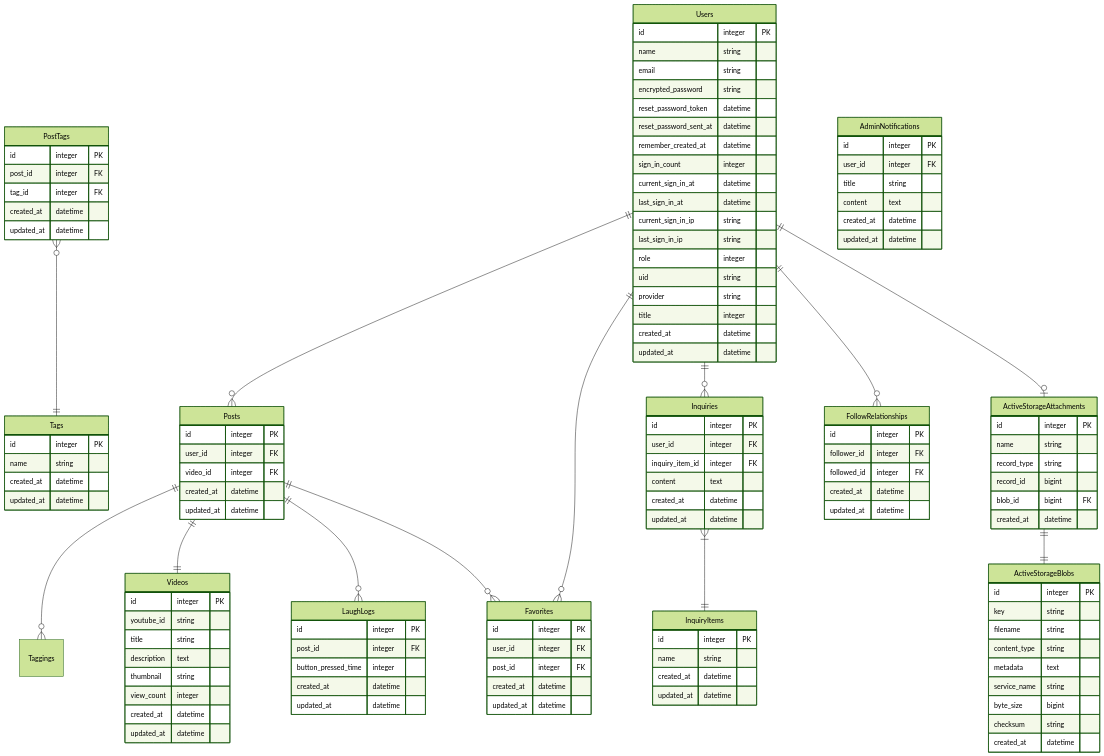
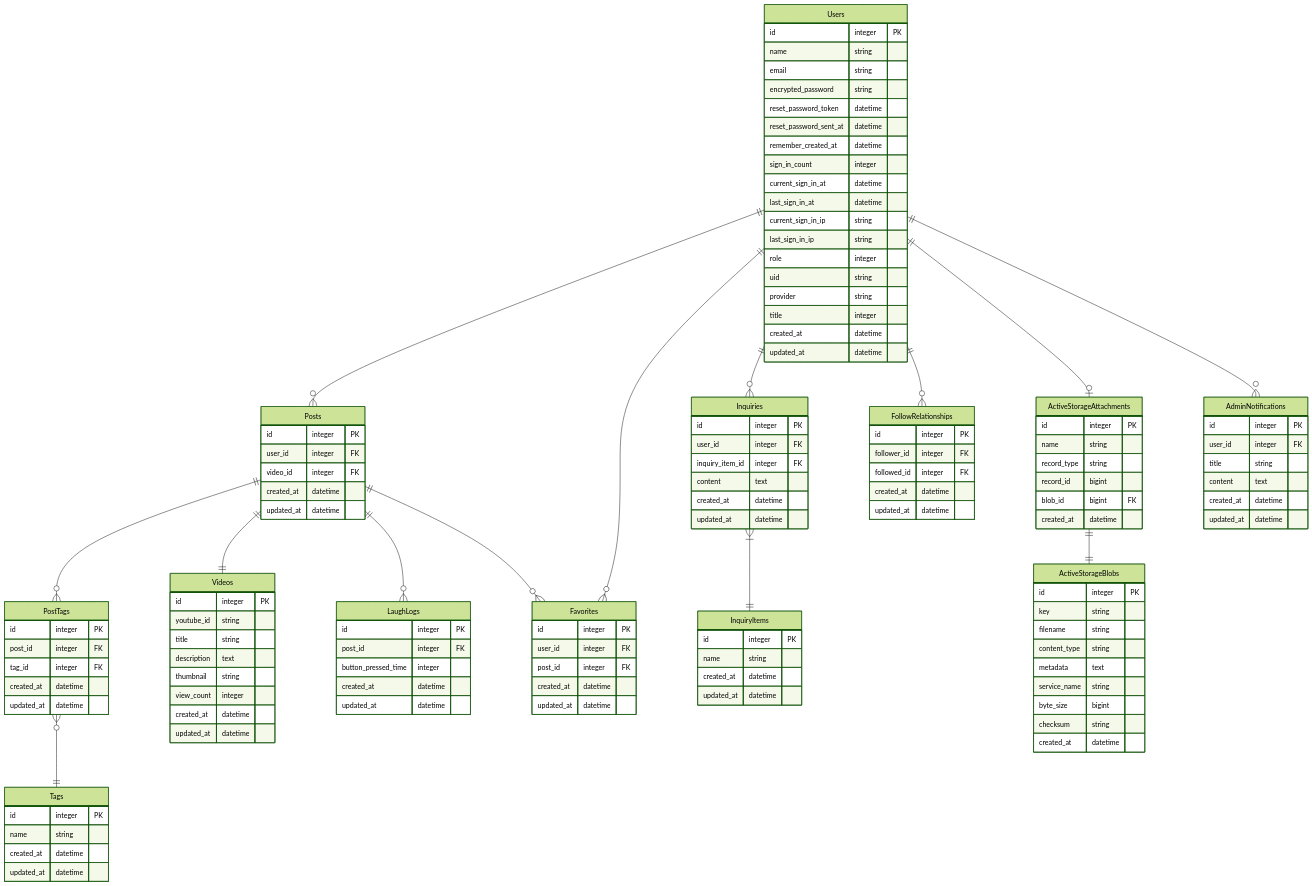
The diagram in er_diagram.md (y-takagiiii/netalog), drawn with Mermaid (forest theme) before and after one commit.

Commit message:
fix: タイポを修正

````diff
--- a/er_diagram.md
+++ b/er_diagram.md
@@ -1,7 +1,7 @@
 ```mermaid
 erDiagram
   Users ||--o{ Posts : ""
-  Posts ||--o{ Taggings : ""
+  Posts ||--o{ PostTags : ""
   PostTags }o--|| Tags : ""
   Posts ||--|| Videos : ""
   Posts ||--o{ LaughLogs : ""
@@ -12,6 +12,7 @@
   Users ||--o{ FollowRelationships : ""
   Users ||--o| ActiveStorageAttachments : ""
   ActiveStorageAttachments ||--|| ActiveStorageBlobs : ""
+  Users ||--o{ AdminNotifications : ""
 
   Users {
     id integer PK
````
